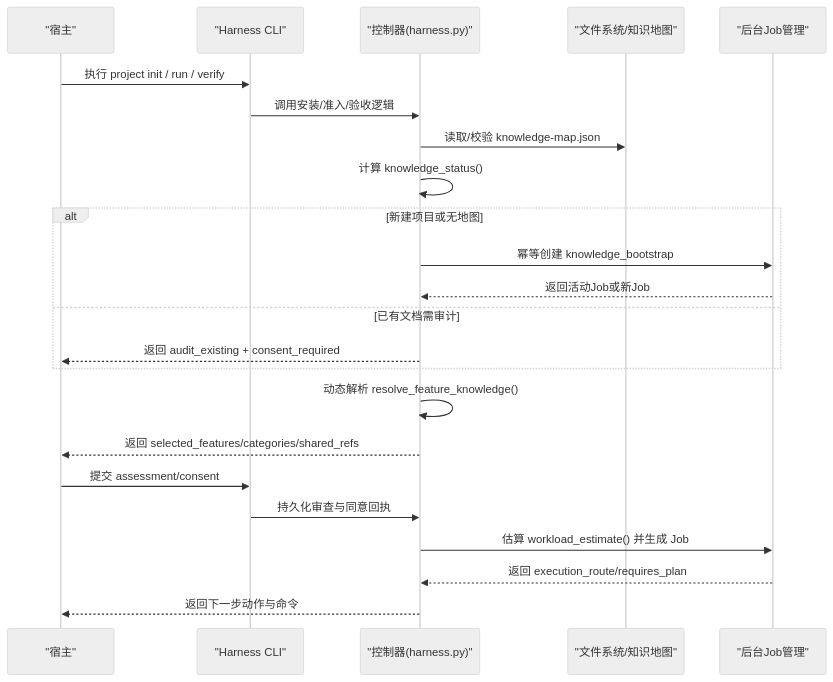
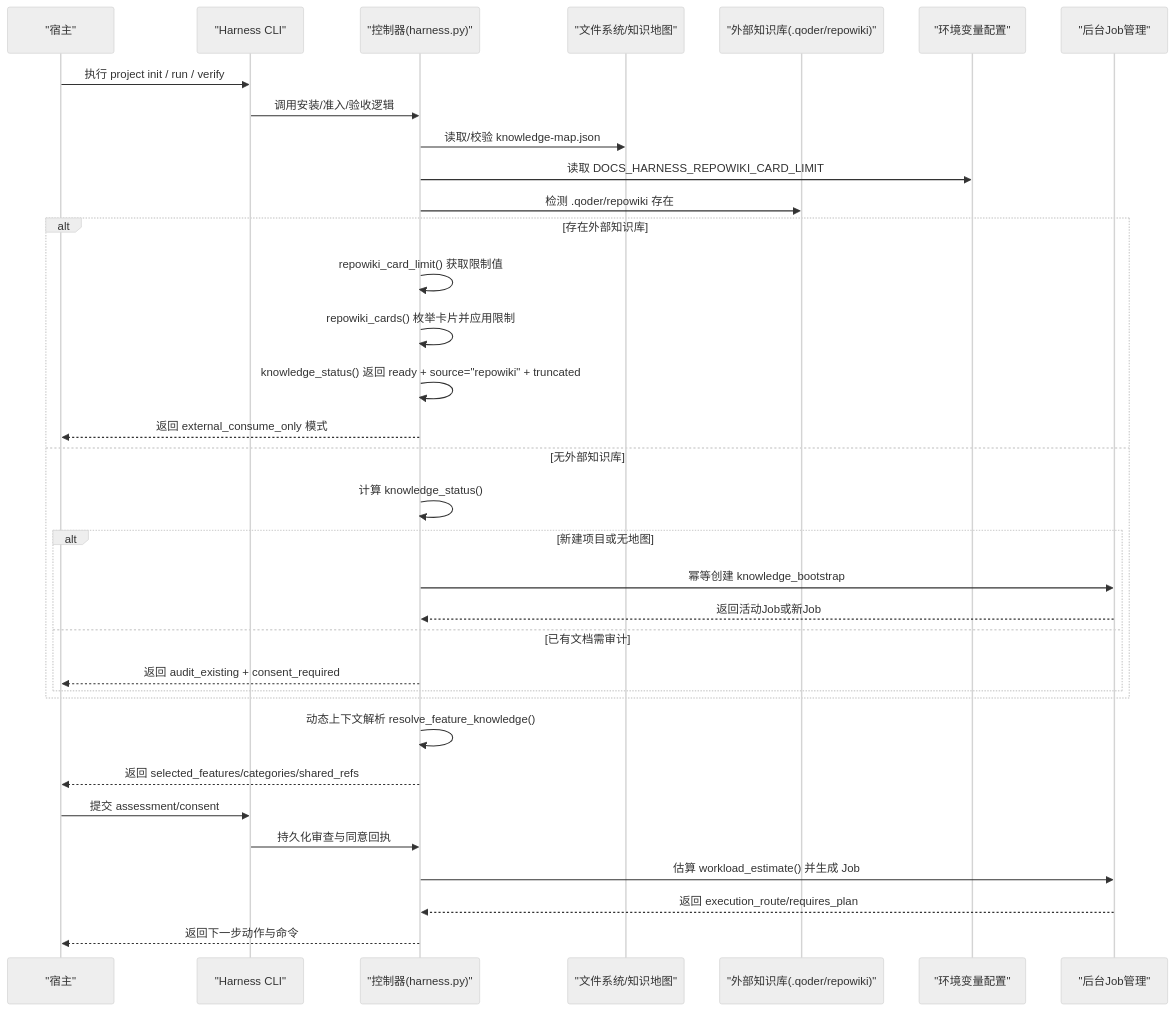
Before and after one commit to HackSing/docs-harness: the second of 8 diagrams in .qoder/repowiki/zh/content/核心概念/知识图谱系统/知识图谱系统.md, drawn with Mermaid (neutral theme). The commit also changed other lines of this file and 40 other files, not shown here.

````diff
--- a/.qoder/repowiki/zh/content/核心概念/知识图谱系统/知识图谱系统.md
+++ b/.qoder/repowiki/zh/content/核心概念/知识图谱系统/知识图谱系统.md
@@ -73,25 +88,36 @@
 ```mermaid
 sequenceDiagram
 participant Host as "宿主"
 participant CLI as "Harness CLI"
 participant Controller as "控制器(harness.py)"
 participant FS as "文件系统/知识地图"
+participant ExternalKB as "外部知识库(.qoder/repowiki)"
+participant Config as "环境变量配置"
 participant Jobs as "后台Job管理"
 Host->>CLI : 执行 project init / run / verify
 CLI->>Controller : 调用安装/准入/验收逻辑
 Controller->>FS : 读取/校验 knowledge-map.json
+Controller->>Config : 读取 DOCS_HARNESS_REPOWIKI_CARD_LIMIT
+Controller->>ExternalKB : 检测 .qoder/repowiki 存在
+alt 存在外部知识库
+Controller->>Controller : repowiki_card_limit() 获取限制值
+Controller->>Controller : repowiki_cards() 枚举卡片并应用限制
+Controller->>Controller : knowledge_status() 返回 ready + source="repowiki" + truncated
+Controller-->>Host : 返回 external_consume_only 模式
+else 无外部知识库
 Controller->>Controller : 计算 knowledge_status()
 alt 新建项目或无地图
 Controller->>Jobs : 幂等创建 knowledge_bootstrap
 Jobs-->>Controller : 返回活动Job或新Job
 else 已有文档需审计
 Controller-->>Host : 返回 audit_existing + consent_required
 end
-Controller->>Controller : 动态解析 resolve_feature_knowledge()
+end
+Controller->>Controller : 动态上下文解析 resolve_feature_knowledge()
 Controller-->>Host : 返回 selected_features/categories/shared_refs
 Host->>CLI : 提交 assessment/consent
 CLI->>Controller : 持久化审查与同意回执
 Controller->>Jobs : 估算 workload_estimate() 并生成 Job
 Jobs-->>Controller : 返回 execution_route/requires_plan
 Controller-->>Host : 返回下一步动作与命令
 ```
````
